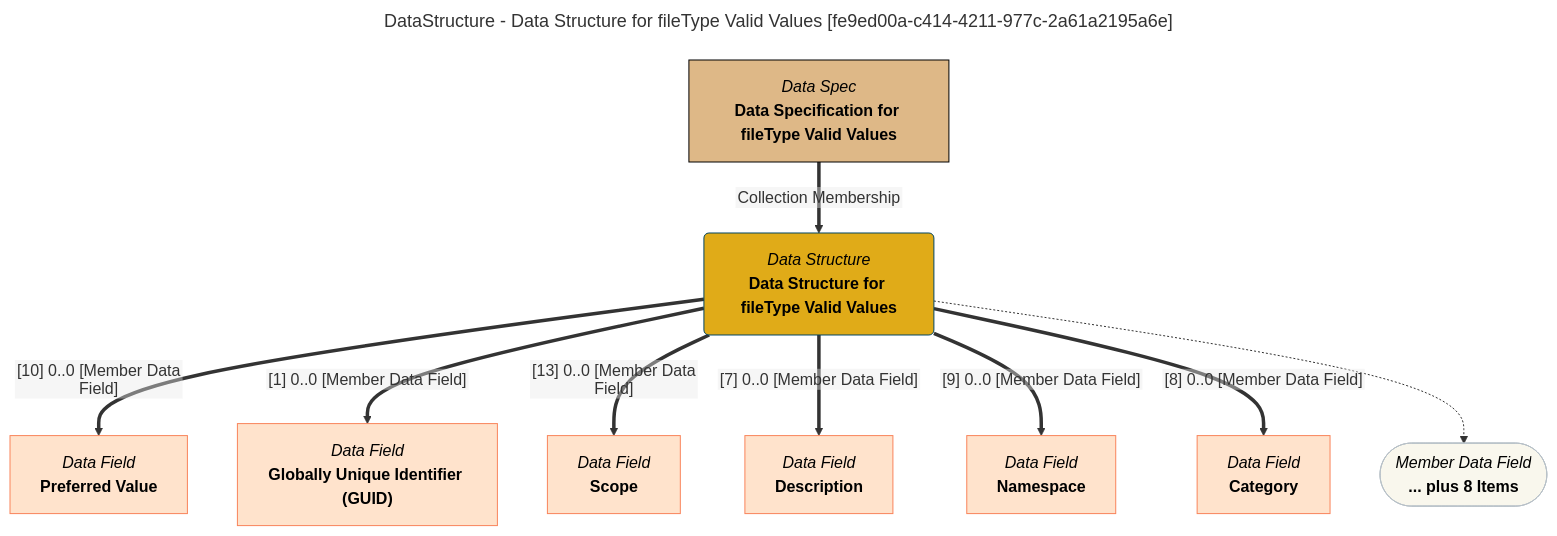
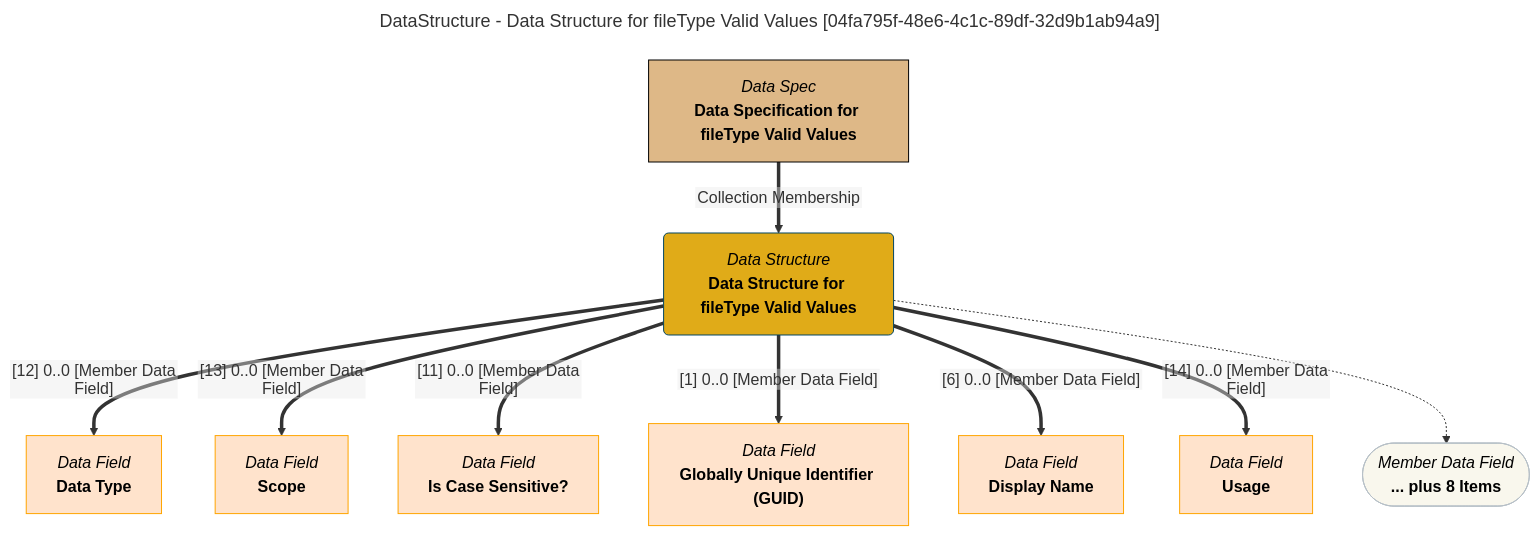
The diagram in site/snippets/data-structures/data-structure-for-filetype-valid-values-mermaid-graph.md (odpi/egeria-docs), drawn with Mermaid before and after one commit. The commit also changed 2201 other files, not shown here.

````diff
--- a/site/snippets/data-structures/data-structure-for-filetype-valid-values-mermaid-graph.md
+++ b/site/snippets/data-structures/data-structure-for-filetype-valid-values-mermaid-graph.md
@@ -1,43 +1,43 @@
 ```mermaid
 ---
-title: DataStructure - Data Structure for fileType Valid Values [fe9ed00a-c414-4211-977c-2a61a2195a6e]
+title: DataStructure - Data Structure for fileType Valid Values [04fa795f-48e6-4c1c-89df-32d9b1ab94a9]
 ---
 flowchart TD
 %%{init: {"flowchart": {"htmlLabels": false}} }%%
 
 1@{ shape: rounded, label: "*Data Structure*
 **Data Structure for fileType Valid Values**"}
 2@{ shape: rect, label: "*Data Spec*
 **Data Specification for fileType Valid Values**"}
 2==>|"Collection Membership"|1
 3@{ shape: rect, label: "*Data Field*
-**Preferred Value**"}
-1==>|"[10] 0..0 [Member Data Field]"|3
+**Data Type**"}
+1==>|"[12] 0..0 [Member Data Field]"|3
 4@{ shape: rect, label: "*Data Field*
+**Scope**"}
+1==>|"[13] 0..0 [Member Data Field]"|4
+5@{ shape: rect, label: "*Data Field*
+**Is Case Sensitive?**"}
+1==>|"[11] 0..0 [Member Data Field]"|5
+6@{ shape: rect, label: "*Data Field*
 **Globally Unique Identifier (GUID)**"}
-1==>|"[1] 0..0 [Member Data Field]"|4
-5@{ shape: rect, label: "*Data Field*
-**Scope**"}
-1==>|"[13] 0..0 [Member Data Field]"|5
-6@{ shape: rect, label: "*Data Field*
-**Description**"}
-1==>|"[7] 0..0 [Member Data Field]"|6
+1==>|"[1] 0..0 [Member Data Field]"|6
 7@{ shape: rect, label: "*Data Field*
-**Namespace**"}
-1==>|"[9] 0..0 [Member Data Field]"|7
+**Display Name**"}
+1==>|"[6] 0..0 [Member Data Field]"|7
 8@{ shape: rect, label: "*Data Field*
-**Category**"}
-1==>|"[8] 0..0 [Member Data Field]"|8
+**Usage**"}
+1==>|"[14] 0..0 [Member Data Field]"|8
 9@{ shape: stadium, label: "*Member Data Field*
 **... plus 8 Items**"}
 1-.->9
 style 1 color:#000000, fill:#e0ab18, stroke:#004563
-style 2 color:#000000, fill:#deb887, stroke:#000000
-style 3 color:#000000, fill:#ffe3cc, stroke:#f9845b
-style 4 color:#000000, fill:#ffe3cc, stroke:#f9845b
-style 5 color:#000000, fill:#ffe3cc, stroke:#f9845b
-style 6 color:#000000, fill:#ffe3cc, stroke:#f9845b
-style 7 color:#000000, fill:#ffe3cc, stroke:#f9845b
-style 8 color:#000000, fill:#ffe3cc, stroke:#f9845b
+style 2 color:#000000, fill:#DEB887, stroke:#000000
+style 3 color:#000000, fill:#ffe3cc, stroke:#FFA500
+style 4 color:#000000, fill:#ffe3cc, stroke:#FFA500
+style 5 color:#000000, fill:#ffe3cc, stroke:#FFA500
+style 6 color:#000000, fill:#ffe3cc, stroke:#FFA500
+style 7 color:#000000, fill:#ffe3cc, stroke:#FFA500
+style 8 color:#000000, fill:#ffe3cc, stroke:#FFA500
 style 9 color:#000000, fill:#F9F7ED, stroke:#b7c0c7
 ```
````
